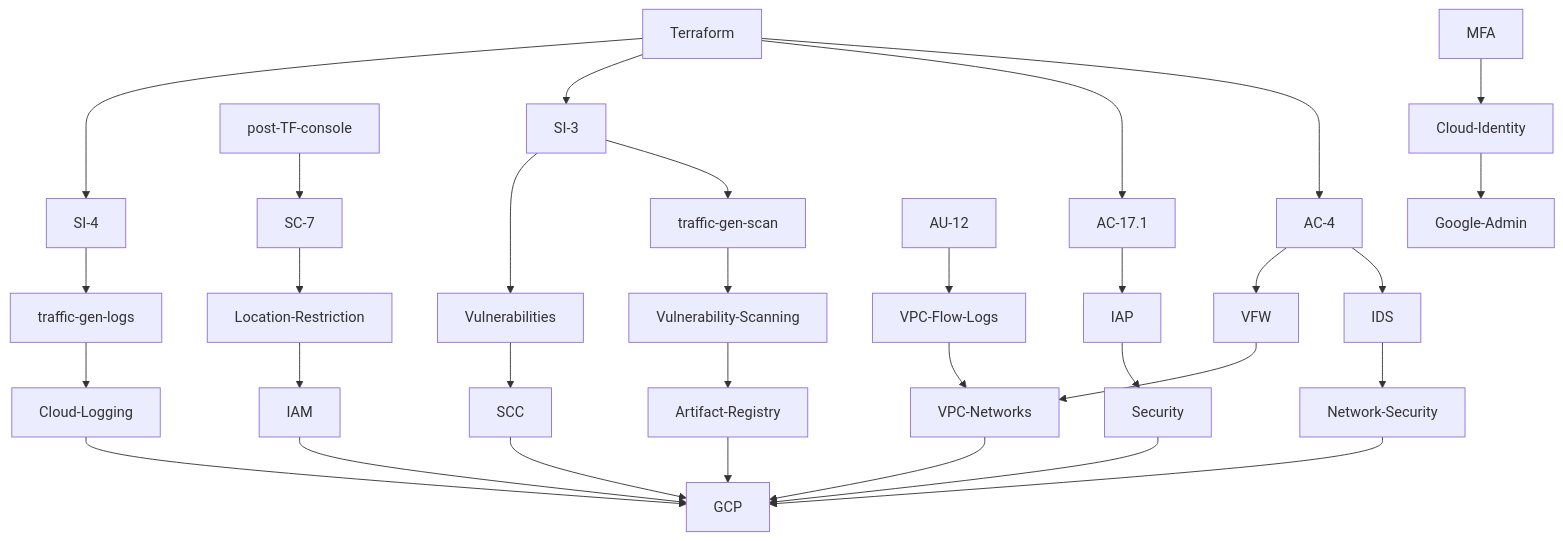
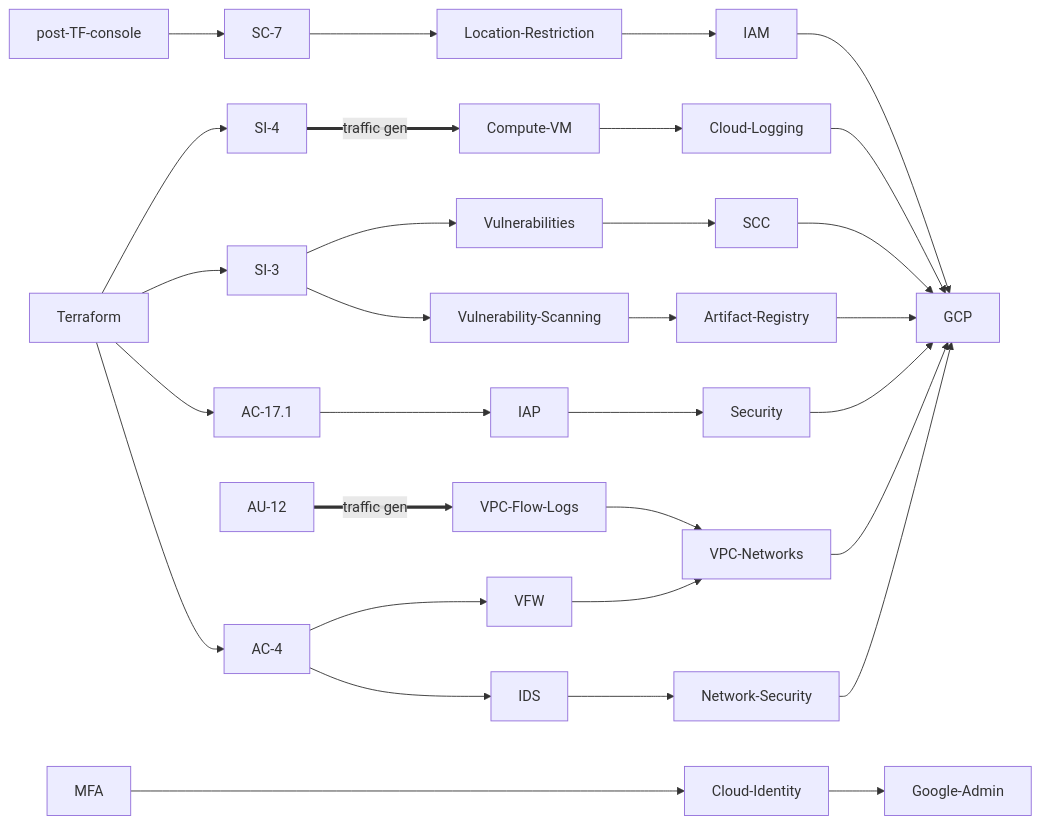
One commit to GoogleCloudPlatform/pbmm-on-gcp-onboarding changed the first of 2 diagrams in docs/google-cloud-security-controls.md. Above: the diagram before and after it, drawn with Mermaid. The commit also changed other lines of this file, not shown here.

Commit message:
#2 - secops ordering

````diff
--- a/docs/google-cloud-security-controls.md
+++ b/docs/google-cloud-security-controls.md
@@ -5,42 +5,40 @@
 ```mermaid
-graph TD;
+graph LR;
     
     Terraform-->AC-4;
     Terraform-->AC-17.1;
     Terraform-->SI-3;
     Terraform-->SI-4;
     
     AC-4-->IDS;
     AC-4-->VFW;
     AC-17.1-->IAP;
-    SI-3-->traffic-gen-scan;
-    traffic-gen-scan-->Vulnerability-Scanning;
+    AU-12== traffic gen ==>VPC-Flow-Logs;
+    SI-3-->Vulnerability-Scanning-->Artifact-Registry-->GCP;
+    SI-3-->Vulnerabilities;
+    SI-4== traffic gen ==>Compute-VM;
+    post-TF-console-->SC-7-->Location-Restriction;
+    
+    
     IAP-->Security;
-    Vulnerability-Scanning-->Artifact-Registry;
-    AU-12-->VPC-Flow-Logs;
+
+    Vulnerabilities-->SCC;
     
-    SC-7-->Location-Restriction;
-    SI-3-->Vulnerabilities;
-    Vulnerabilities-->SCC;
-    SI-4-->traffic-gen-logs;
-    traffic-gen-logs-->Cloud-Logging;
-    post-TF-console-->SC-7;
-    
-    Artifact-Registry-->GCP;
     IDS-->Network-Security;
+    Compute-VM-->Cloud-Logging;
     Cloud-Logging-->GCP;
     IAM-->GCP;
     Location-Restriction-->IAM;
     Network-Security-->GCP;
     SCC-->GCP;
     Security-->GCP;
-    MFA-->Cloud-Identity;
+    MFA---->Cloud-Identity;
     Cloud-Identity-->Google-Admin;
     VFW-->VPC-Networks;
     VPC-Flow-Logs-->VPC-Networks;
     VPC-Networks-->GCP;
     
 
     
     
 ```
````
